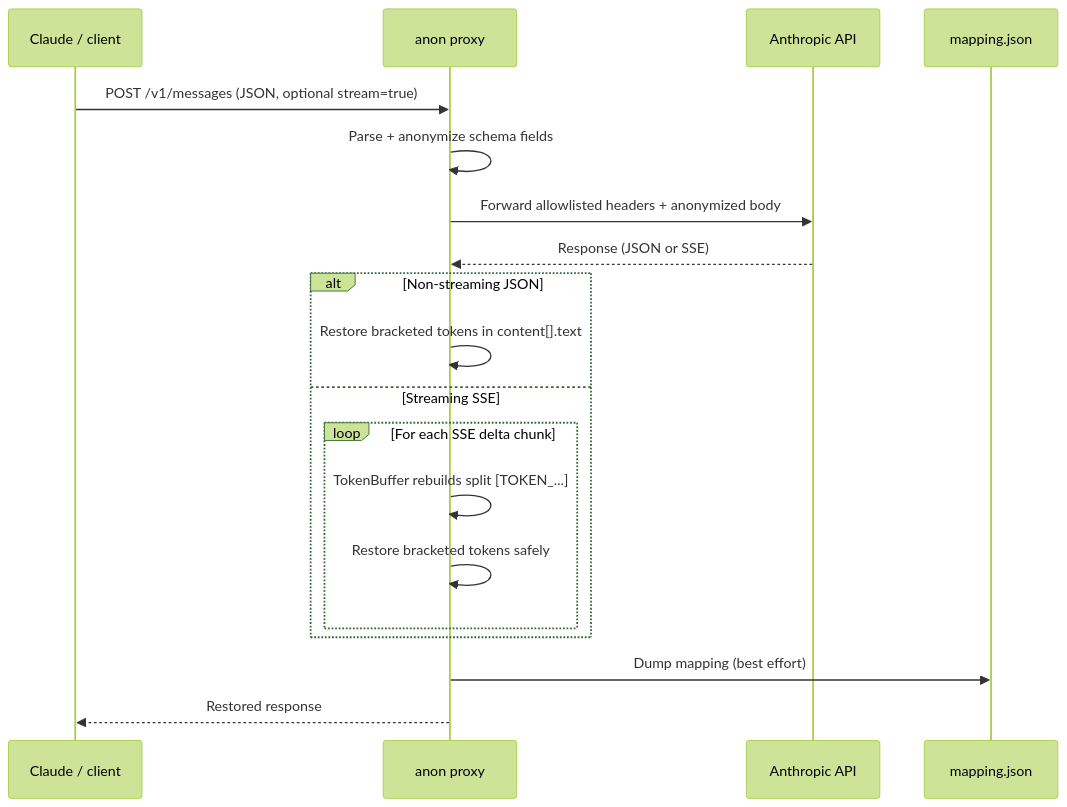
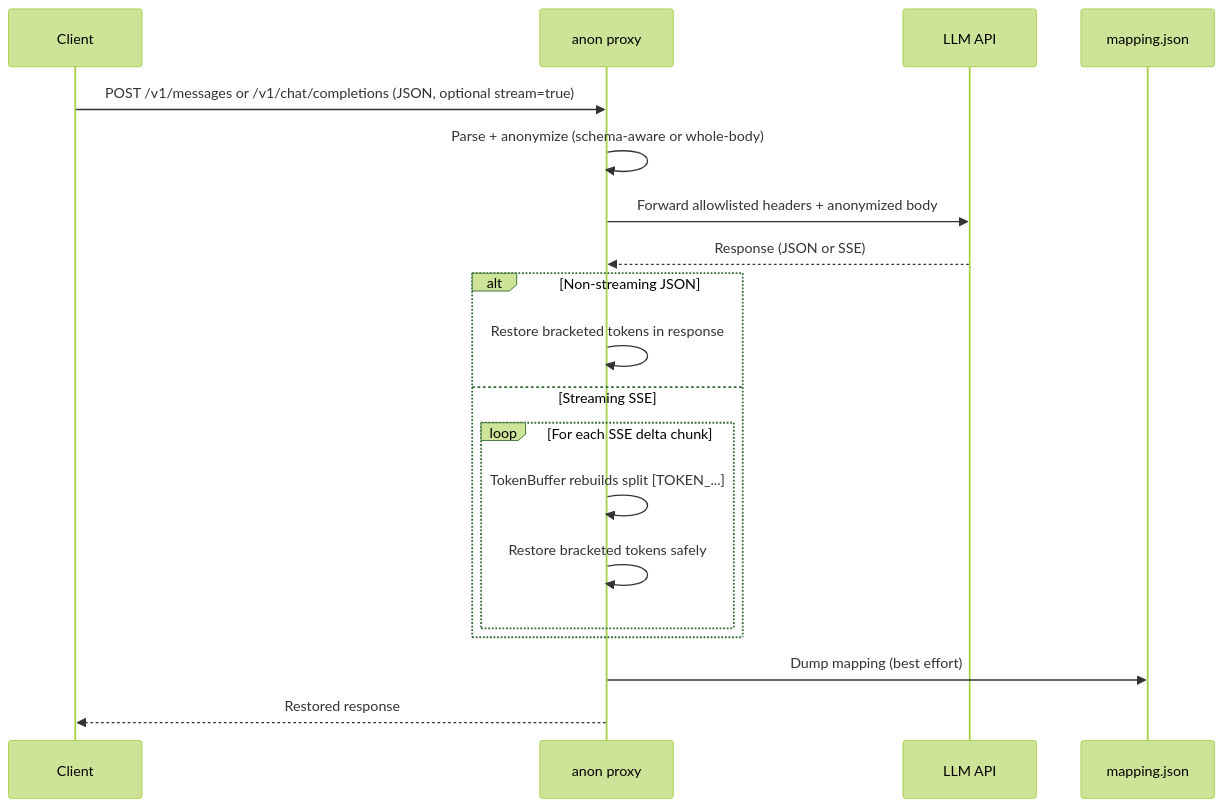
Before and after one commit to tcheuD/anon-pii: the first of 2 diagrams in docs/proxy.md, drawn with Mermaid (forest theme). The commit also changed other lines of this file and 1 other file, not shown here.

````diff
--- a/docs/proxy.md
+++ b/docs/proxy.md
@@ -9,24 +23,24 @@
 ```mermaid
 sequenceDiagram
-    participant C as Claude / client
+    participant C as Client
     participant P as anon proxy
-    participant A as Anthropic API
+    participant A as LLM API
     participant F as mapping.json
 
-    C->>P: POST /v1/messages (JSON, optional stream=true)
-    P->>P: Parse + anonymize schema fields
+    C->>P: POST /v1/messages or /v1/chat/completions (JSON, optional stream=true)
+    P->>P: Parse + anonymize (schema-aware or whole-body)
     P->>A: Forward allowlisted headers + anonymized body
     A-->>P: Response (JSON or SSE)
 
     alt Non-streaming JSON
-        P->>P: Restore bracketed tokens in content[].text
+        P->>P: Restore bracketed tokens in response
     else Streaming SSE
         loop For each SSE delta chunk
             P->>P: TokenBuffer rebuilds split [TOKEN_...]
             P->>P: Restore bracketed tokens safely
         end
     end
 
     P->>F: Dump mapping (best effort)
     P-->>C: Restored response
 ```
````
